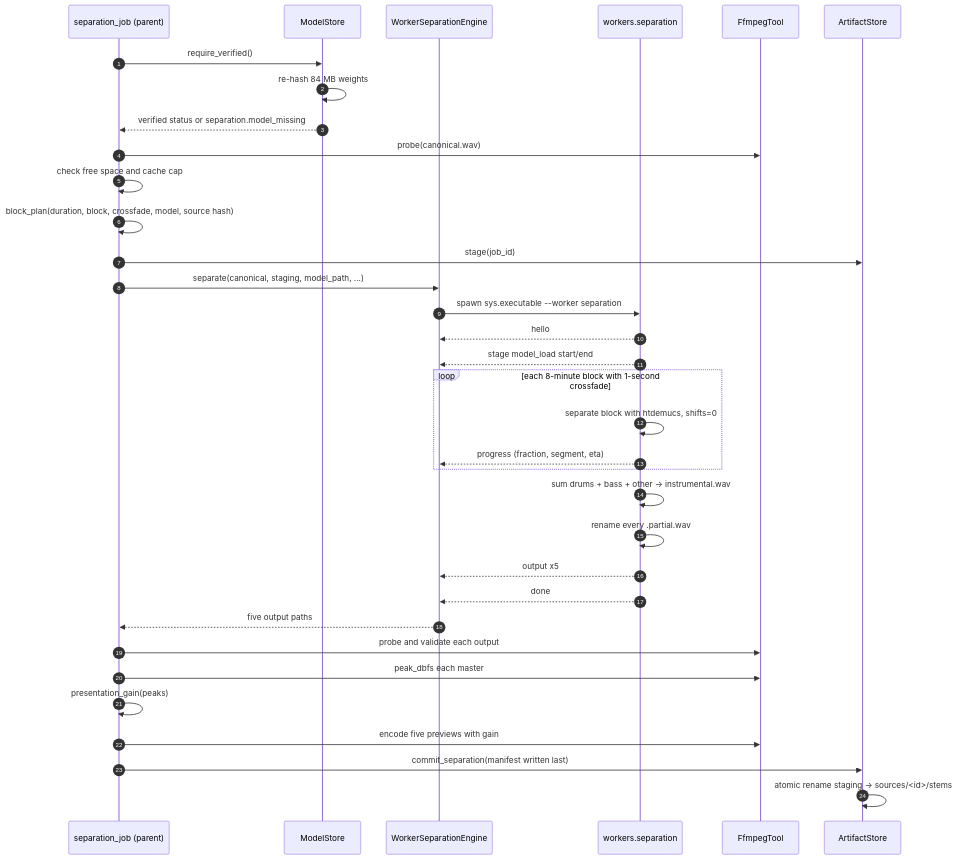
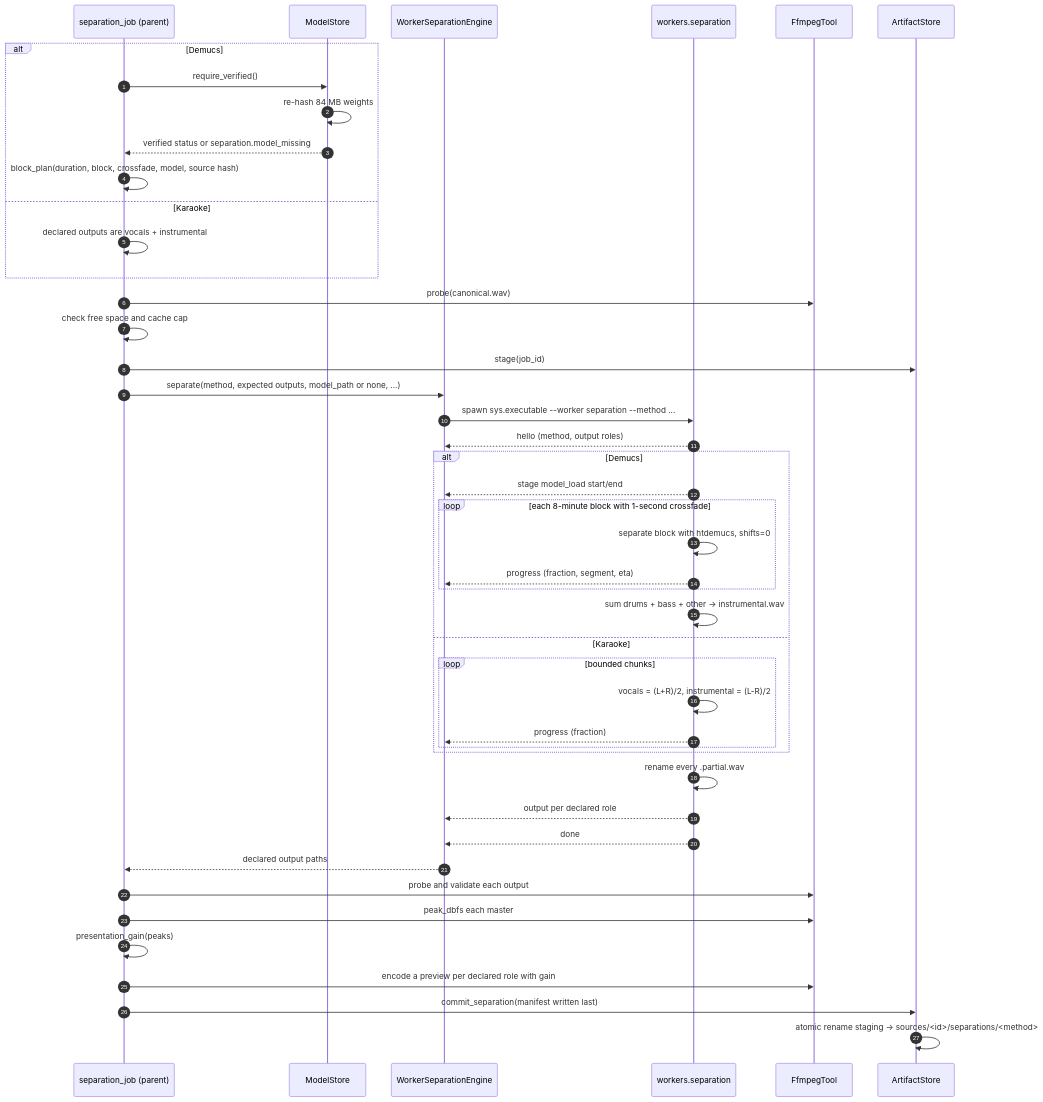
The fifth of 6 diagrams in ARCHITECTURE.md (alexmarincu/stemforge), drawn with Mermaid before and after one commit. The commit also changed other lines of this file and 8 other files, not shown here.

Commit message:
chore(separation): align docs and demucs provenance with per-method sets

````diff
--- a/ARCHITECTURE.md
+++ b/ARCHITECTURE.md
@@ -394,37 +396,48 @@
 ```mermaid
 sequenceDiagram
     autonumber
     participant Job as separation_job (parent)
     participant Models as ModelStore
     participant Engine as WorkerSeparationEngine
     participant Worker as workers.separation
     participant Media as FfmpegTool
     participant Store as ArtifactStore
 
-    Job->>Models: require_verified()
-    Models->>Models: re-hash 84 MB weights
-    Models-->>Job: verified status or separation.model_missing
+    alt Demucs
+        Job->>Models: require_verified()
+        Models->>Models: re-hash 84 MB weights
+        Models-->>Job: verified status or separation.model_missing
+        Job->>Job: block_plan(duration, block, crossfade, model, source hash)
+    else Karaoke
+        Job->>Job: declared outputs are vocals + instrumental
+    end
     Job->>Media: probe(canonical.wav)
     Job->>Job: check free space and cache cap
-    Job->>Job: block_plan(duration, block, crossfade, model, source hash)
     Job->>Store: stage(job_id)
-    Job->>Engine: separate(canonical, staging, model_path, ...)
-    Engine->>Worker: spawn sys.executable --worker separation
-    Worker-->>Engine: hello
-    Worker-->>Engine: stage model_load start/end
-    loop each 8-minute block with 1-second crossfade
-        Worker->>Worker: separate block with htdemucs, shifts=0
-        Worker-->>Engine: progress (fraction, segment, eta)
+    Job->>Engine: separate(method, expected outputs, model_path or none, ...)
+    Engine->>Worker: spawn sys.executable --worker separation --method ...
+    Worker-->>Engine: hello (method, output roles)
+    alt Demucs
+        Worker-->>Engine: stage model_load start/end
+        loop each 8-minute block with 1-second crossfade
+            Worker->>Worker: separate block with htdemucs, shifts=0
+            Worker-->>Engine: progress (fraction, segment, eta)
+        end
+        Worker->>Worker: sum drums + bass + other -> instrumental.wav
+    else Karaoke
+        loop bounded chunks
+            Worker->>Worker: vocals = (L+R)/2, instrumental = (L-R)/2
+            Worker-->>Engine: progress (fraction)
+        end
     end
-    Worker->>Worker: sum drums + bass + other -> instrumental.wav
     Worker->>Worker: rename every .partial.wav
-    Worker-->>Engine: output x5
+    Worker-->>Engine: output per declared role
     Worker-->>Engine: done
-    Engine-->>Job: five output paths
+    Engine-->>Job: declared output paths
     Job->>Media: probe and validate each output
     Job->>Media: peak_dbfs each master
     Job->>Job: presentation_gain(peaks)
-    Job->>Media: encode five previews with gain
+    Job->>Media: encode a preview per declared role with gain
     Job->>Store: commit_separation(manifest written last)
-    Store->>Store: atomic rename staging -> sources/<id>/stems
+    Store->>Store: atomic rename staging -> sources/<id>/separations/<method>
 ```
````
